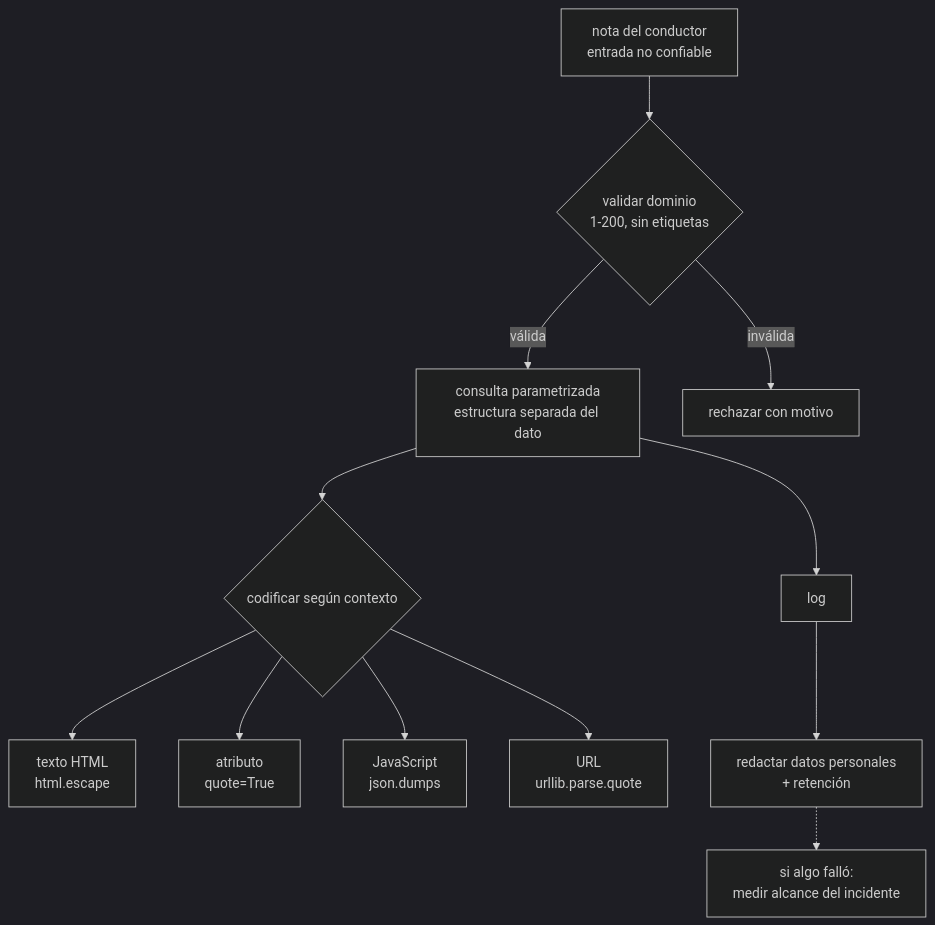
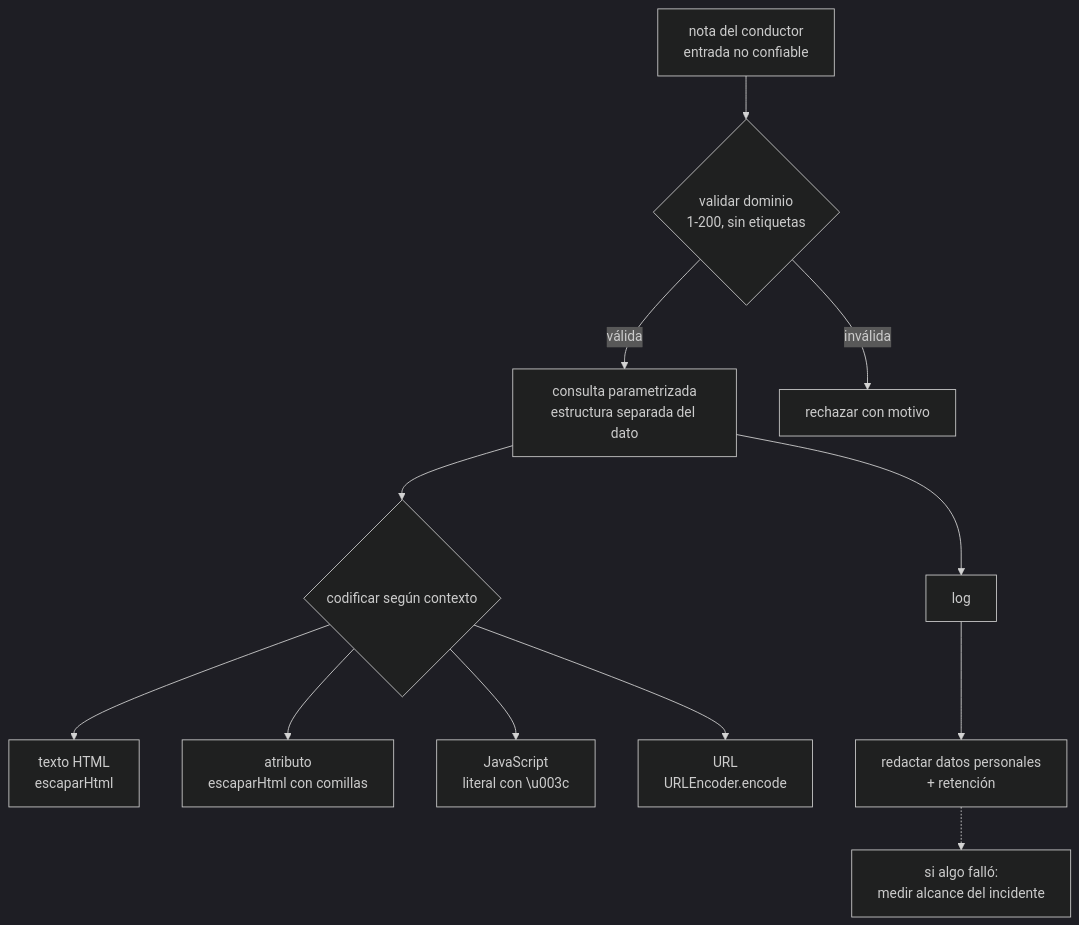
One commit to NICORUIZ93/The_Imperial_Book changed the fourth of 5 diagrams in web/public/content/seguridad/modulo-0.md. Above: the diagram before and after it, drawn with Mermaid (dark theme). The commit also changed other lines of this file and 2 other files, not shown here.

First line of the commit message:
contenido(seguridad): módulos 0 y 1 en Java 25

````diff
--- a/web/public/content/seguridad/modulo-0.md
+++ b/web/public/content/seguridad/modulo-0.md
@@ -1587,14 +1760,14 @@
 ```mermaid
 flowchart TD
     IN["nota del conductor<br/>entrada no confiable"] --> VAL{"validar dominio<br/>1-200, sin etiquetas"}
     VAL -->|"válida"| DB["consulta parametrizada<br/>estructura separada del dato"]
     VAL -->|"inválida"| REJ["rechazar con motivo"]
     DB --> OUT{"codificar según contexto"}
-    OUT --> H["texto HTML<br/>html.escape"]
-    OUT --> A["atributo<br/>quote=True"]
-    OUT --> J["JavaScript<br/>json.dumps"]
-    OUT --> U["URL<br/>urllib.parse.quote"]
+    OUT --> H["texto HTML<br/>escaparHtml"]
+    OUT --> A["atributo<br/>escaparHtml con comillas"]
+    OUT --> J["JavaScript<br/>literal con \u003c"]
+    OUT --> U["URL<br/>URLEncoder.encode"]
     DB --> LOG["log"]
     LOG --> RED["redactar datos personales<br/>+ retención"]
     RED -.-> INC["si algo falló:<br/>medir alcance del incidente"]
 ```
````
